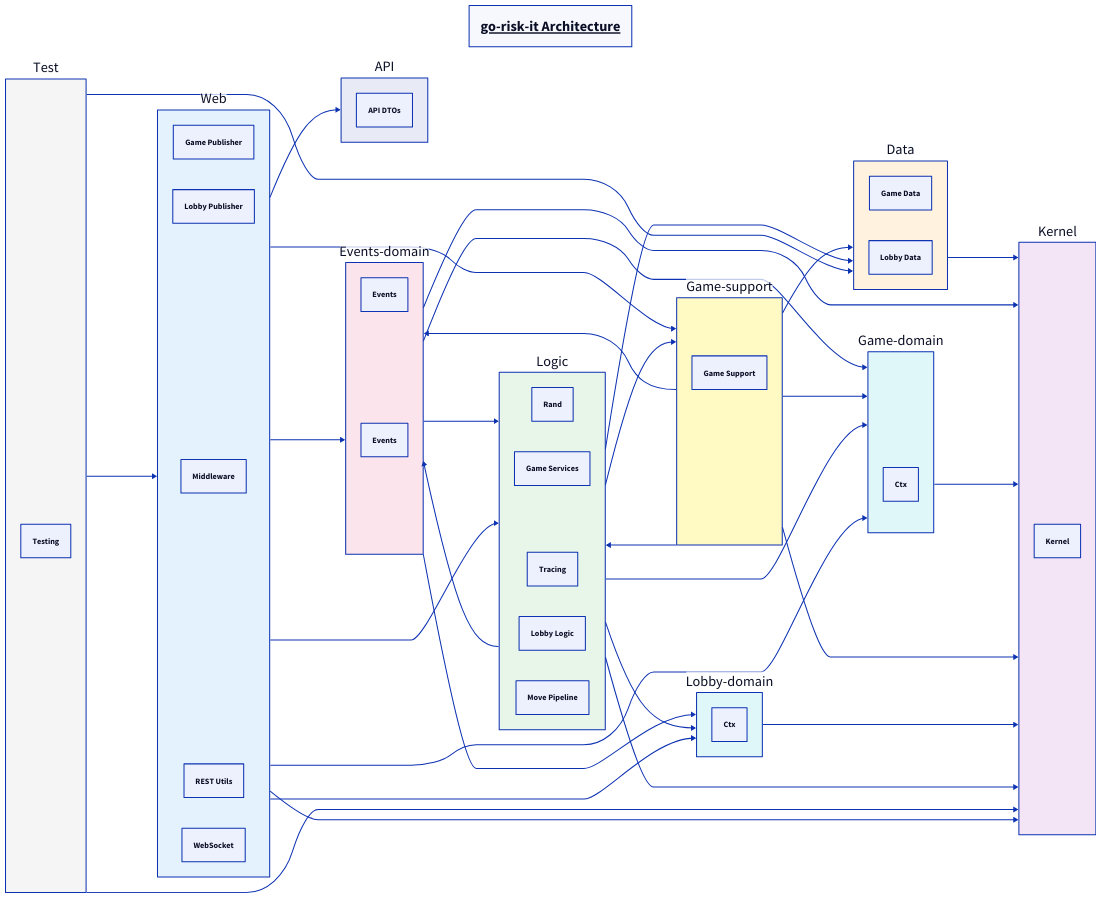
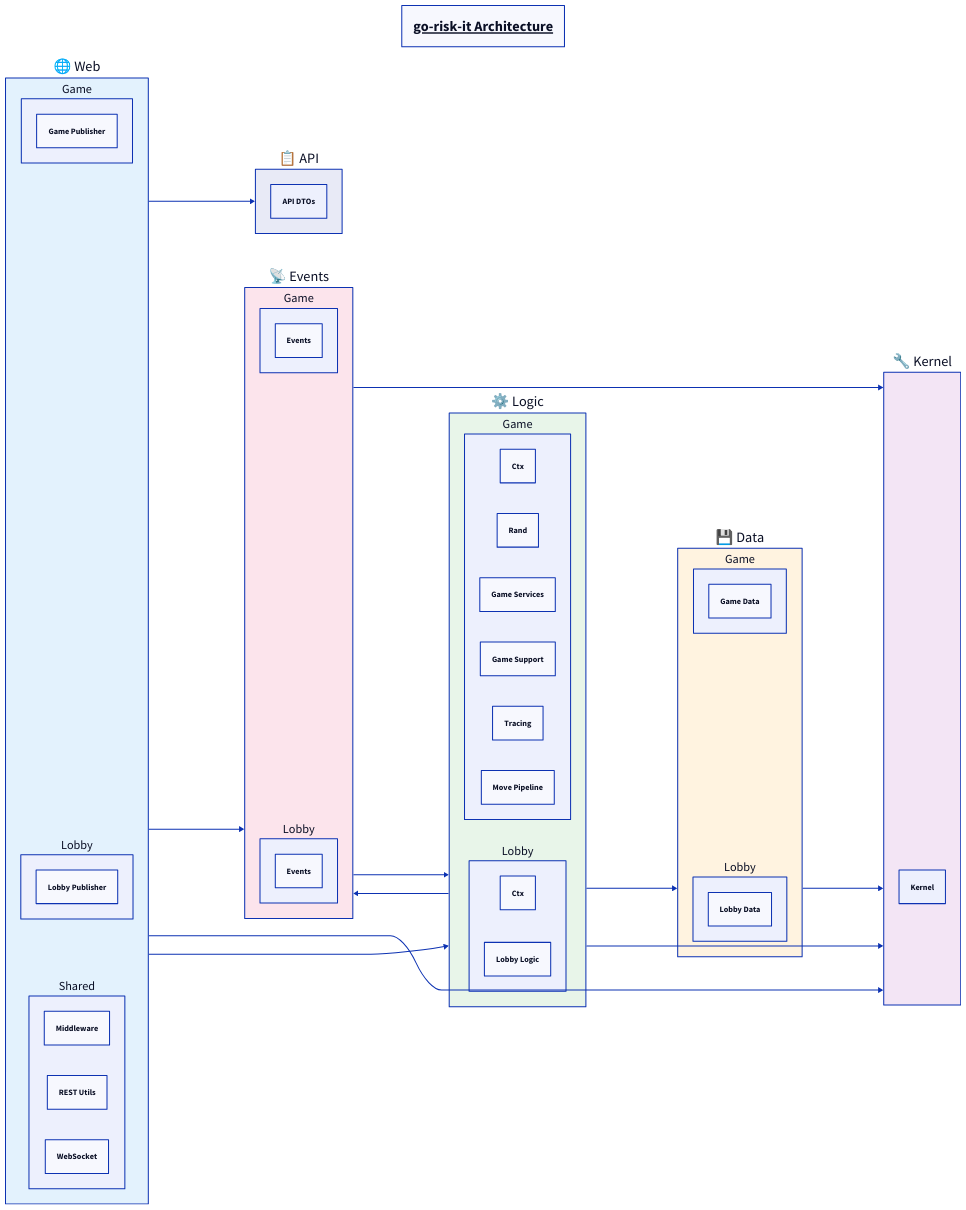
Before and after one commit to go-risk-it/go-risk-it: the diagram in docs/architecture-diagram.d2, drawn with D2. The commit also changed 3 other files, not shown here.

First line of the commit message:
feat(archdiagram): visual clarity — game/lobby sub-grouping in D2 diagram

```diff
--- a/docs/architecture-diagram.d2
+++ b/docs/architecture-diagram.d2
@@ -1,100 +1,83 @@
 # Architecture diagram — auto-generated by cmd/archdiagram.
 # Do not edit manually; run 'make diagrams' to regenerate.
 
 title: go-risk-it Architecture {
   near: top-center
   style.font-size: 28
   style.underline: true
 }
 
 direction: right
 
-api: API {
+api: "📋 API" {
   style.fill: "#E8EAF6"
   api_dtos: "API DTOs"
 }
 
-kernel: Kernel {
+web: "🌐 Web" {
+  style.fill: "#E3F2FD"
+  game: "Game" {
+    game_publisher: "Game Publisher"
+  }
+  lobby: "Lobby" {
+    lobby_publisher: "Lobby Publisher"
+  }
+  shared: "Shared" {
+    middleware: "Middleware"
+    rest_utils: "REST Utils"
+    websocket: "WebSocket"
+  }
+}
+
+events: "📡 Events" {
+  style.fill: "#FCE4EC"
+  game: "Game" {
+    game_events: "Events"
+  }
+  lobby: "Lobby" {
+    lobby_events: "Events"
+  }
+}
+
+logic: "⚙️ Logic" {
+  style.fill: "#E8F5E9"
+  game: "Game" {
+    game_ctx: "Ctx"
+    game_rand: "Rand"
+    game_services: "Game Services"
+    game_support: "Game Support"
+    game_tracing: "Tracing"
+    move_pipeline: "Move Pipeline"
+  }
+  lobby: "Lobby" {
+    lobby_ctx: "Ctx"
+    lobby_logic: "Lobby Logic"
+  }
+}
+
+data: "💾 Data" {
+  style.fill: "#FFF3E0"
+  game: "Game" {
+    game_data: "Game Data"
+  }
+  lobby: "Lobby" {
+    lobby_data: "Lobby Data"
+  }
+}
+
+kernel: "🔧 Kernel" {
   style.fill: "#F3E5F5"
   kernel: "Kernel"
 }
 
-data: Data {
-  style.fill: "#FFF3E0"
-  game_data: "Game Data"
-  lobby_data: "Lobby Data"
-}
-
-events_domain: Events-domain {
-  style.fill: "#FCE4EC"
-  game_events: "Events"
-  lobby_events: "Events"
-}
-
-game_domain: Game-domain {
-  style.fill: "#E0F7FA"
-  game_ctx: "Ctx"
-}
-
-game_support: Game-support {
-  style.fill: "#FFF9C4"
-  game_support: "Game Support"
-}
-
-lobby_domain: Lobby-domain {
-  style.fill: "#E0F7FA"
-  lobby_ctx: "Ctx"
-}
-
-logic: Logic {
-  style.fill: "#E8F5E9"
-  game_rand: "Rand"
-  game_services: "Game Services"
-  game_tracing: "Tracing"
-  lobby_logic: "Lobby Logic"
-  move_pipeline: "Move Pipeline"
-}
-
-web: Web {
-  style.fill: "#E3F2FD"
-  game_publisher: "Game Publisher"
-  lobby_publisher: "Lobby Publisher"
-  middleware: "Middleware"
-  rest_utils: "REST Utils"
-  websocket: "WebSocket"
-}
-
-test: Test {
-  style.fill: "#F5F5F5"
-  testing: "Testing"
-}
-
-# Cross-layer dependencies (layer-to-layer)
+# Cross-layer dependencies (container-to-container)
 data -> kernel
-events_domain -> game_domain
-events_domain -> kernel
-events_domain -> lobby_domain
-events_domain -> logic
-game_domain -> kernel
-game_support -> data
-game_support -> events_domain
-game_support -> game_domain
-game_support -> kernel
-game_support -> logic
-lobby_domain -> kernel
+events -> kernel
+events -> logic
 logic -> data
-logic -> events_domain
-logic -> game_domain
-logic -> game_support
+logic -> events
 logic -> kernel
-logic -> lobby_domain
-test -> data
-test -> kernel
-test -> web
 web -> api
-web -> events_domain
-web -> game_domain
-web -> game_support
+web -> events
 web -> kernel
-web -> lobby_domain
 web -> logic
```
